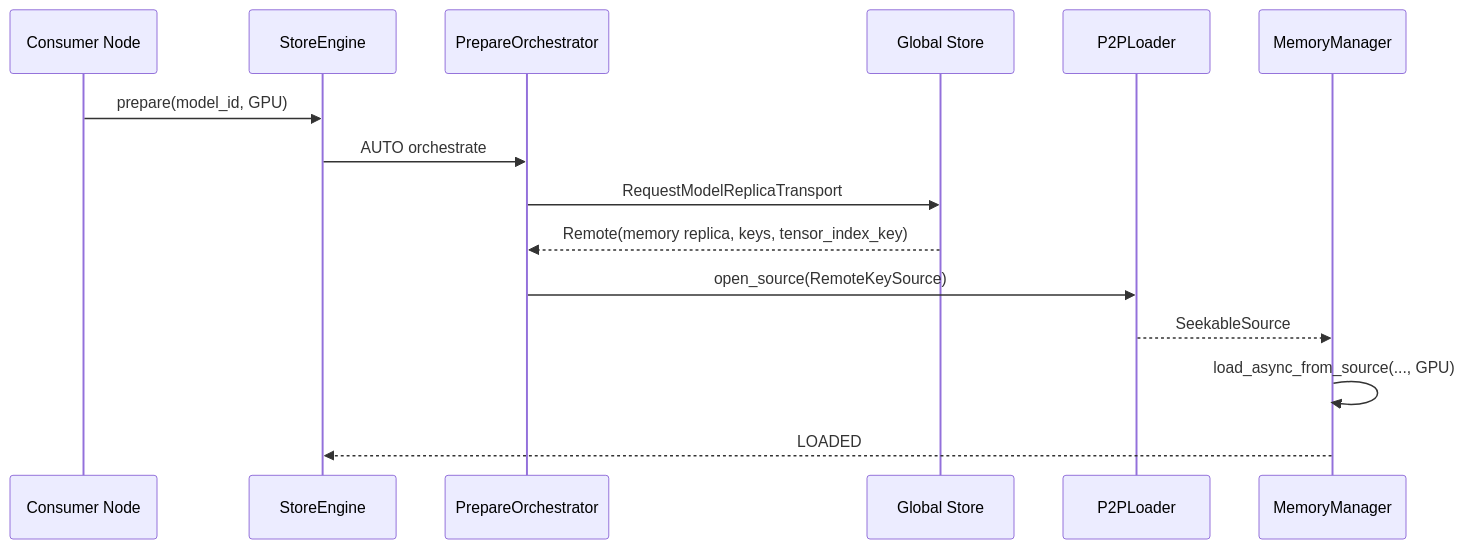
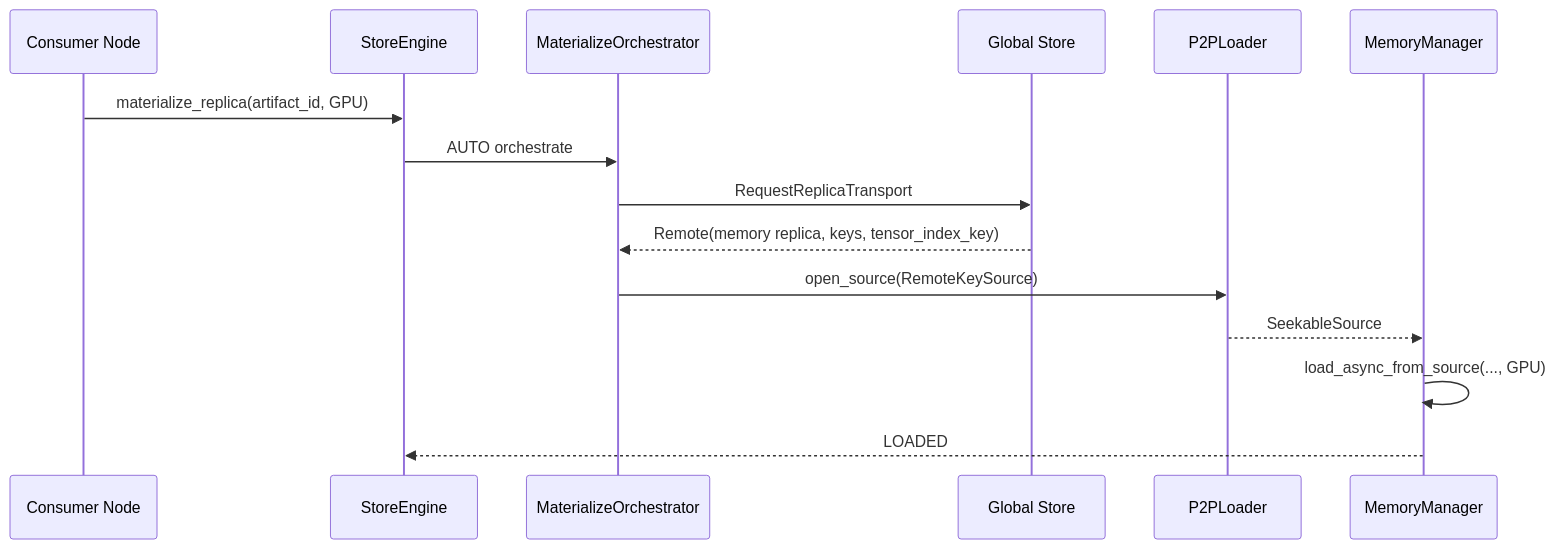
One commit to tensorcast-ai/tensorcast changed the second of 2 diagrams in rfcs/0006-memory-tensor-dict-registration-design.md. Above: the diagram before and after it, drawn with Mermaid. The commit also changed other lines of this file and 331 other files, not shown here.

Commit message:
refactor: refactor model to artifact & replica

````diff
--- a/rfcs/0006-memory-tensor-dict-registration-design.md
+++ b/rfcs/0006-memory-tensor-dict-registration-design.md
@@ -222,18 +222,18 @@
 ```mermaid
 sequenceDiagram
   participant C as Consumer Node
   participant CS as StoreEngine
-  participant PO as PrepareOrchestrator
+  participant PO as MaterializeOrchestrator
   participant GS as Global Store
   participant RL as P2PLoader
   participant MM as MemoryManager
 
-  C->>CS: prepare(model_id, GPU)
+  C->>CS: materialize_replica(artifact_id, GPU)
   CS->>PO: AUTO orchestrate
-  PO->>GS: RequestModelReplicaTransport
+  PO->>GS: RequestReplicaTransport
   GS-->>PO: Remote(memory replica, keys, tensor_index_key)
   PO->>RL: open_source(RemoteKeySource)
   RL-->>MM: SeekableSource
   MM->>MM: load_async_from_source(..., GPU)
   MM-->>CS: LOADED
 ```
````
